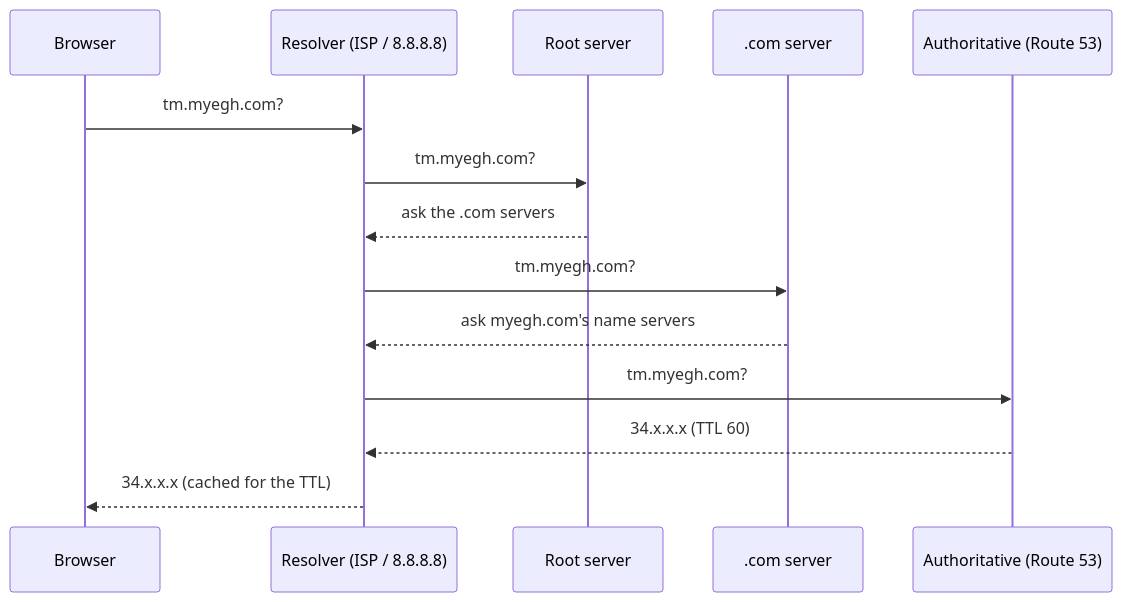
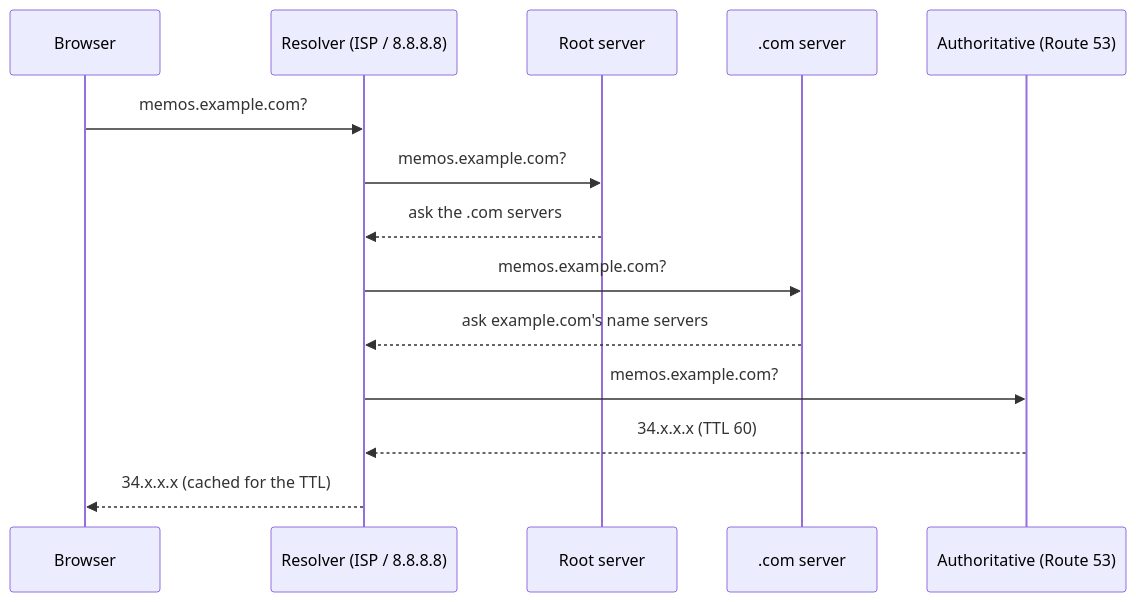
Before and after one commit to EnamulRahman/doomscrolling-app-devops: the fourth of 6 diagrams in content/learn/05-networking.md, drawn with Mermaid. The commit also changed other lines of this file and 36 other files, not shown here.

First line of the commit message:
Make the course generic, with Memos as a worked example

````diff
--- a/content/learn/05-networking.md
+++ b/content/learn/05-networking.md
@@ -123,16 +123,16 @@
 ```mermaid
 sequenceDiagram
   participant B as Browser
   participant R as Resolver (ISP / 8.8.8.8)
   participant Root as Root server
   participant TLD as .com server
   participant A as Authoritative (Route 53)
-  B->>R: tm.myegh.com?
-  R->>Root: tm.myegh.com?
+  B->>R: memos.example.com?
+  R->>Root: memos.example.com?
   Root-->>R: ask the .com servers
-  R->>TLD: tm.myegh.com?
-  TLD-->>R: ask myegh.com's name servers
-  R->>A: tm.myegh.com?
+  R->>TLD: memos.example.com?
+  TLD-->>R: ask example.com's name servers
+  R->>A: memos.example.com?
   A-->>R: 34.x.x.x (TTL 60)
   R-->>B: 34.x.x.x (cached for the TTL)
 ```
````
